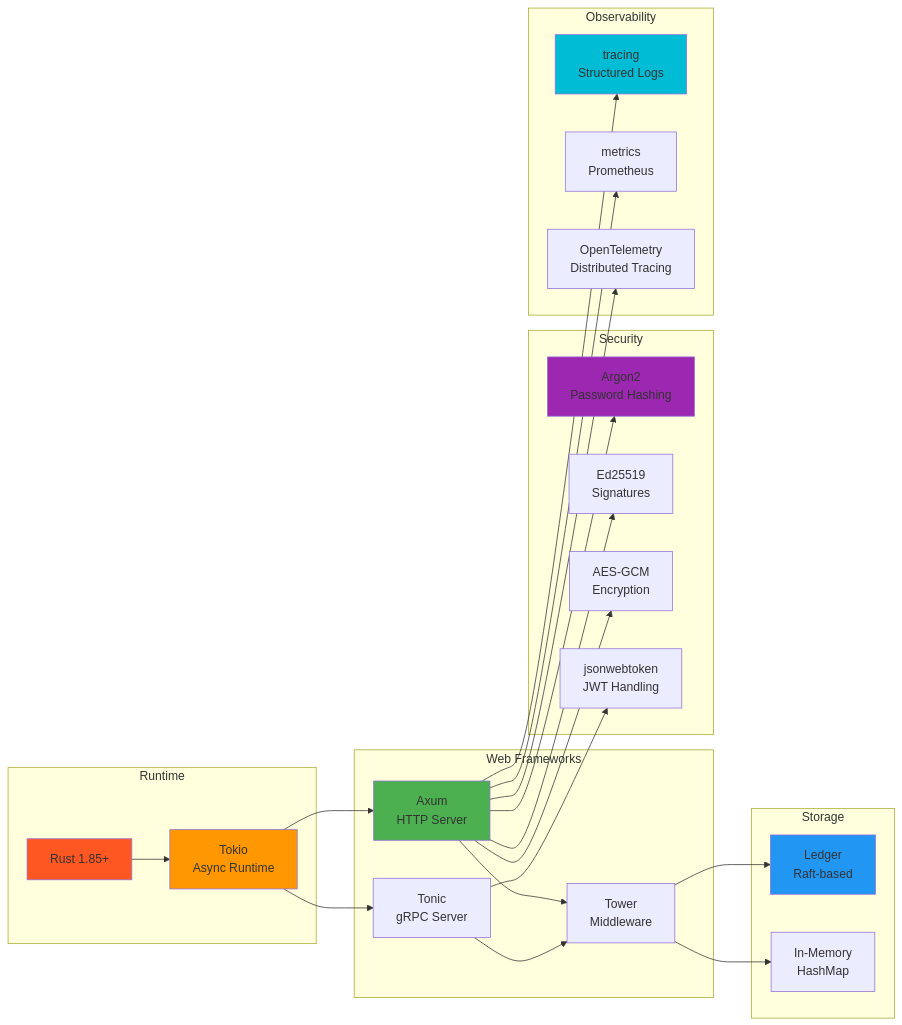
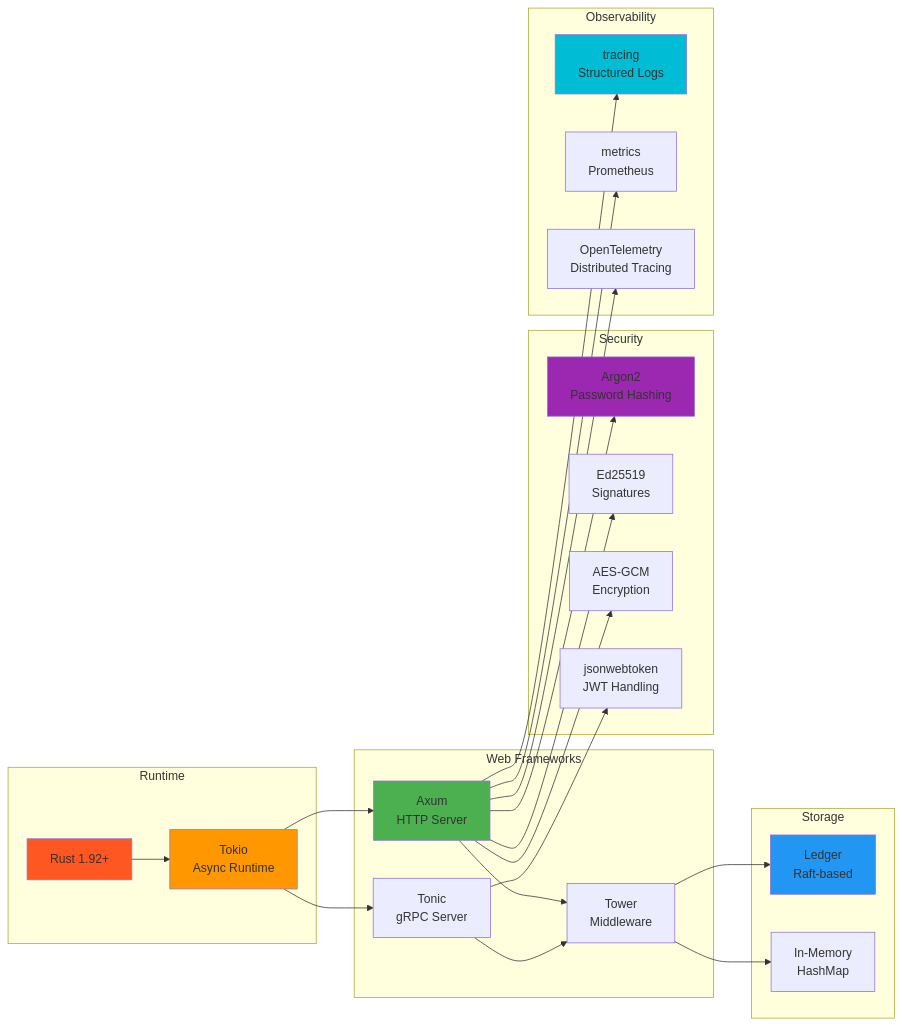
Before and after one commit to inferadb/control: the ninth of 10 diagrams in docs/architecture.md, drawn with Mermaid. The commit also changed 6 other files, not shown here.

````diff
--- a/docs/architecture.md
+++ b/docs/architecture.md
@@ -472,56 +472,56 @@
 ```mermaid
 graph LR
     subgraph "Runtime"
-        Rust[Rust 1.85+]
+        Rust[Rust 1.92+]
         Tokio[Tokio<br/>Async Runtime]
     end
 
     subgraph "Web Frameworks"
         Axum[Axum<br/>HTTP Server]
         Tonic[Tonic<br/>gRPC Server]
         Tower[Tower<br/>Middleware]
     end
 
     subgraph "Storage"
         LedgerDB[Ledger<br/>Raft-based]
         Memory[In-Memory<br/>HashMap]
     end
 
     subgraph "Security"
         Argon2[Argon2<br/>Password Hashing]
         Ed25519[Ed25519<br/>Signatures]
         AES[AES-GCM<br/>Encryption]
         JWT[jsonwebtoken<br/>JWT Handling]
     end
 
     subgraph "Observability"
         Tracing[tracing<br/>Structured Logs]
         Metrics[metrics<br/>Prometheus]
         OTLP[OpenTelemetry<br/>Distributed Tracing]
     end
 
     Rust --> Tokio
     Tokio --> Axum
     Tokio --> Tonic
     Axum --> Tower
     Tonic --> Tower
 
     Tower --> LedgerDB
     Tower --> Memory
 
     Axum --> Argon2
     Axum --> Ed25519
     Axum --> AES
     Tonic --> JWT
 
     Axum --> Tracing
     Axum --> Metrics
     Axum --> OTLP
 
     style Rust fill:#FF5722
     style Tokio fill:#FF9800
     style Axum fill:#4CAF50
     style LedgerDB fill:#2196F3
     style Argon2 fill:#9C27B0
     style Tracing fill:#00BCD4
 ```
````
